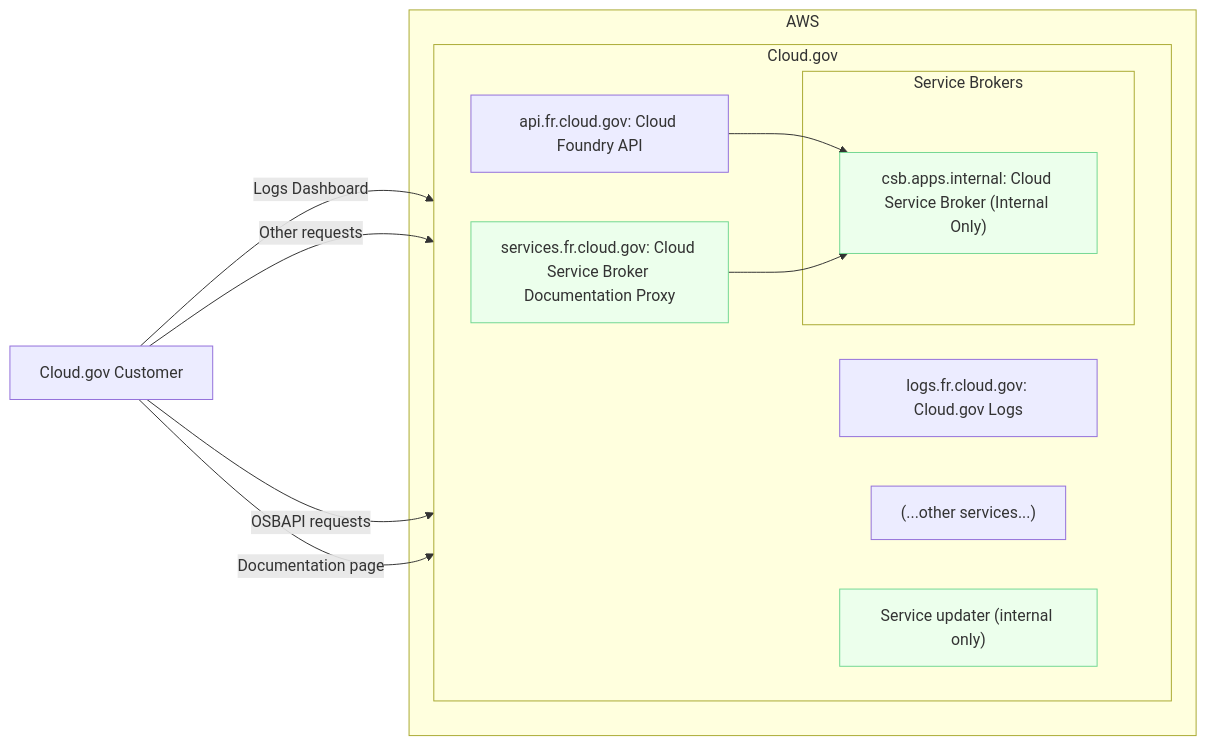
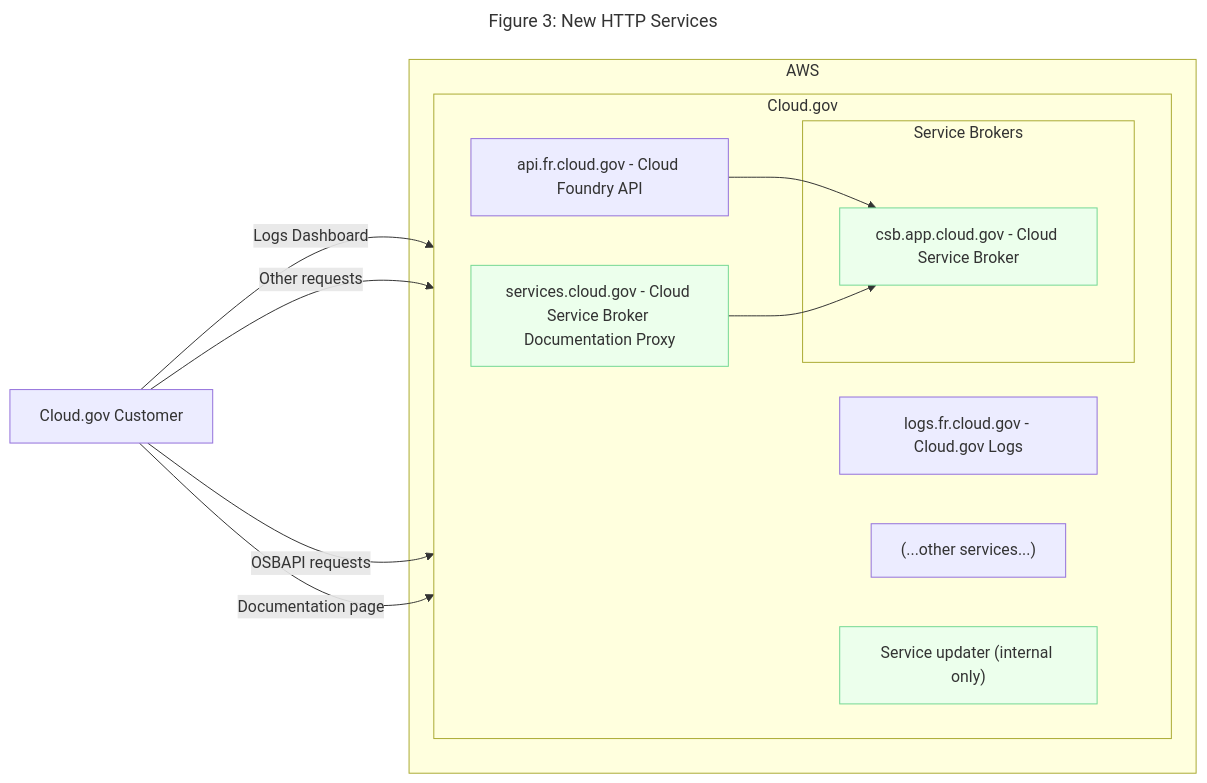
One commit to cloud-gov/csb changed the third of 3 diagrams in docs/diagrams.md. Above: the diagram before and after it, drawn with Mermaid. The commit also changed other lines of this file, not shown here.

Commit message:
Add titles, SNS references, and other fixes to diagrams

````diff
--- a/docs/diagrams.md
+++ b/docs/diagrams.md
@@ -98,29 +107,33 @@
 ```mermaid
+---
+title: "Figure 3: New HTTP Services"
+---
+
 flowchart LR
     classDef new fill:#ecffec,stroke:#73d893
     u["Cloud.gov Customer"]
 
     subgraph "AWS"
 
         subgraph "Cloud.gov"
             direction LR
-            logs["logs.fr.cloud.gov": Cloud.gov Logs]
+            logs["logs.fr.cloud.gov - Cloud.gov Logs"]
             etc["(...other services...)"]
-            capi["api.fr.cloud.gov: Cloud Foundry API"]
-            docproxy["services.fr.cloud.gov: Cloud Service Broker Documentation Proxy"]:::new
+            capi["api.fr.cloud.gov - Cloud Foundry API"]
+            docproxy["services.cloud.gov - Cloud Service Broker Documentation Proxy"]:::new
             updater["Service updater (internal only)"]:::new
 
             subgraph "Service Brokers"
-                csb["csb.apps.internal: Cloud Service Broker (Internal Only)"]:::new
+                csb["csb.app.cloud.gov - Cloud Service Broker"]:::new
             end
         end
     end
 
 
     u -->|Logs Dashboard| logs
     u -->|Other requests| etc
     u -->|OSBAPI requests| capi
     u -->|Documentation page| docproxy
     capi --> csb
     docproxy --> csb
 ```
````
